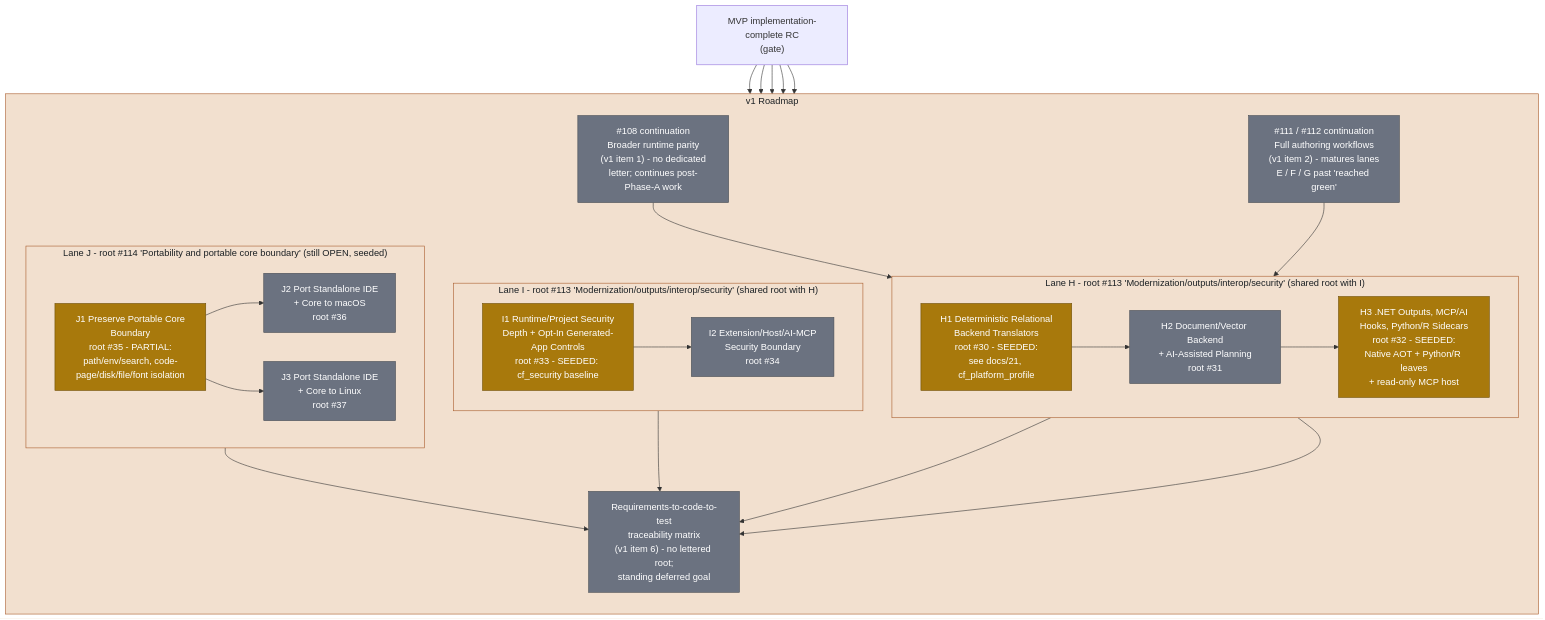
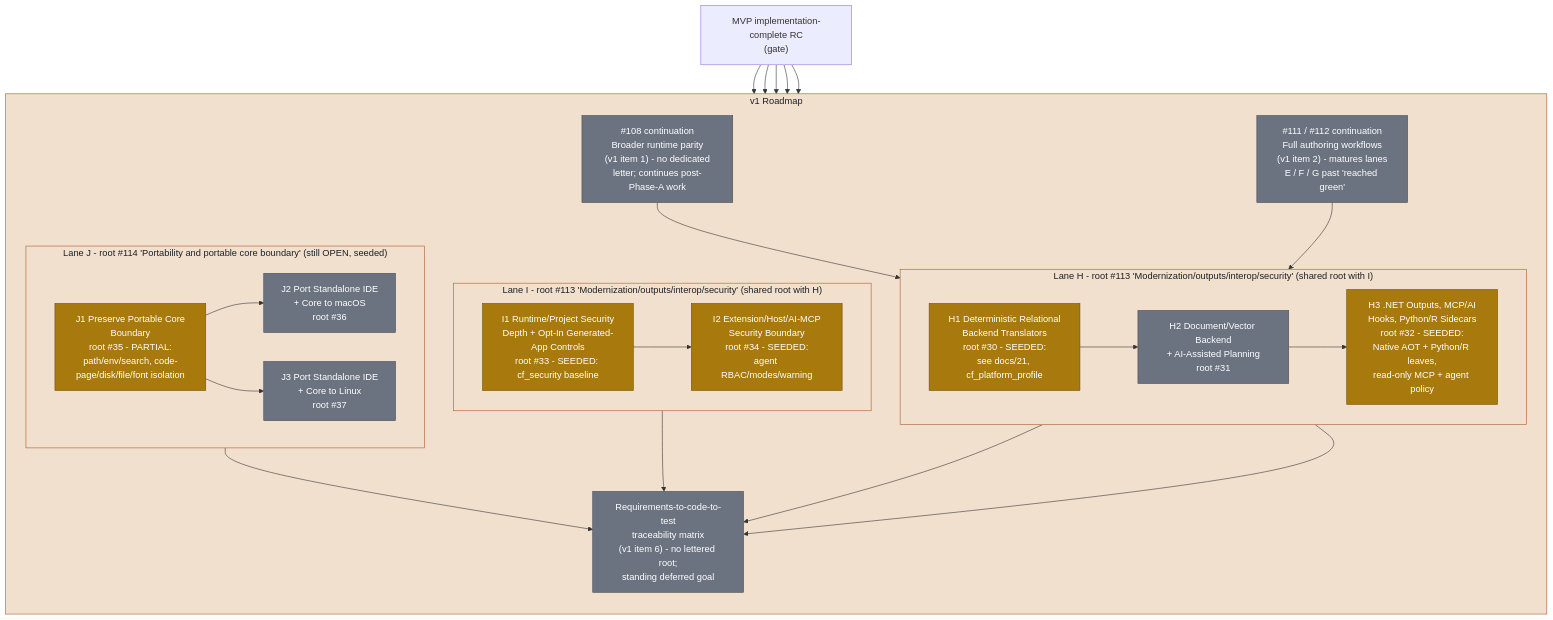
The diagram in docs/diagrams/roadmap-v1-lanes-hij.md (rhamenator/Project-Copperfin), drawn with Mermaid before and after one commit. The commit also changed other lines of this file and 19 other files, not shown here.

Commit message:
Define workspace agent access policy

````diff
--- a/docs/diagrams/roadmap-v1-lanes-hij.md
+++ b/docs/diagrams/roadmap-v1-lanes-hij.md
@@ -10,60 +10,60 @@
 ```mermaid
 flowchart TB
     classDef partial fill:#a8790c,stroke:#6e4f07,color:#ffffff,stroke-width:1px;
     classDef planned fill:#6b7280,stroke:#484d54,color:#ffffff,stroke-width:1px;
     classDef lane fill:#f2e0cf,stroke:#a85a2a,color:#1b2024,stroke-width:1px;
 
     MVP["MVP implementation-complete RC<br/>(gate)"]
 
     subgraph V1["v1 Roadmap"]
       direction TB
 
       CONT1["#108 continuation<br/>Broader runtime parity<br/>(v1 item 1) - no dedicated<br/>letter; continues post-Phase-A work"]
       CONT2["#111 / #112 continuation<br/>Full authoring workflows<br/>(v1 item 2) - matures lanes<br/>E / F / G past 'reached green'"]
 
       subgraph LANEH["Lane H - root #113 'Modernization/outputs/interop/security' (shared root with I)"]
         direction LR
         H1["H1 Deterministic Relational<br/>Backend Translators<br/>root #30 - SEEDED:<br/>see docs/21, cf_platform_profile"]
         H2["H2 Document/Vector Backend<br/>+ AI-Assisted Planning<br/>root #31"]
-        H3["H3 .NET Outputs, MCP/AI<br/>Hooks, Python/R Sidecars<br/>root #32 - SEEDED:<br/>Native AOT + Python/R leaves<br/>+ read-only MCP host"]
+        H3["H3 .NET Outputs, MCP/AI<br/>Hooks, Python/R Sidecars<br/>root #32 - SEEDED:<br/>Native AOT + Python/R leaves,<br/>read-only MCP + agent policy"]
         H1 --> H2 --> H3
       end
 
       subgraph LANEI["Lane I - root #113 'Modernization/outputs/interop/security' (shared root with H)"]
         direction LR
         I1["I1 Runtime/Project Security<br/>Depth + Opt-In Generated-<br/>App Controls<br/>root #33 - SEEDED: cf_security baseline"]
-        I2["I2 Extension/Host/AI-MCP<br/>Security Boundary<br/>root #34"]
+        I2["I2 Extension/Host/AI-MCP<br/>Security Boundary<br/>root #34 - SEEDED:<br/>agent RBAC/modes/warning"]
         I1 --> I2
       end
 
       subgraph LANEJ["Lane J - root #114 'Portability and portable core boundary' (still OPEN, seeded)"]
         direction LR
         J1["J1 Preserve Portable Core<br/>Boundary<br/>root #35 - PARTIAL:<br/>path/env/search, code-page/disk/file/font isolation"]
         J2["J2 Port Standalone IDE<br/>+ Core to macOS<br/>root #36"]
         J3["J3 Port Standalone IDE<br/>+ Core to Linux<br/>root #37"]
         J1 --> J2
         J1 --> J3
       end
 
       TRACE["Requirements-to-code-to-test<br/>traceability matrix<br/>(v1 item 6) - no lettered root;<br/>standing deferred goal"]
     end
 
     MVP --> CONT1
     MVP --> CONT2
     MVP --> LANEH
     MVP --> LANEI
     MVP --> LANEJ
     CONT1 --> H1
     CONT2 --> H3
     H1 --> TRACE
     H3 --> TRACE
     I2 --> TRACE
     J1 --> TRACE
 
     class CONT1,CONT2 planned;
-    class H1,H3,I1,J1 partial;
-    class H2,I2 planned;
+    class H1,H3,I1,I2,J1 partial;
+    class H2 planned;
     class J2,J3 planned;
     class TRACE planned;
     class V1,LANEH,LANEI,LANEJ lane;
 ```
````
